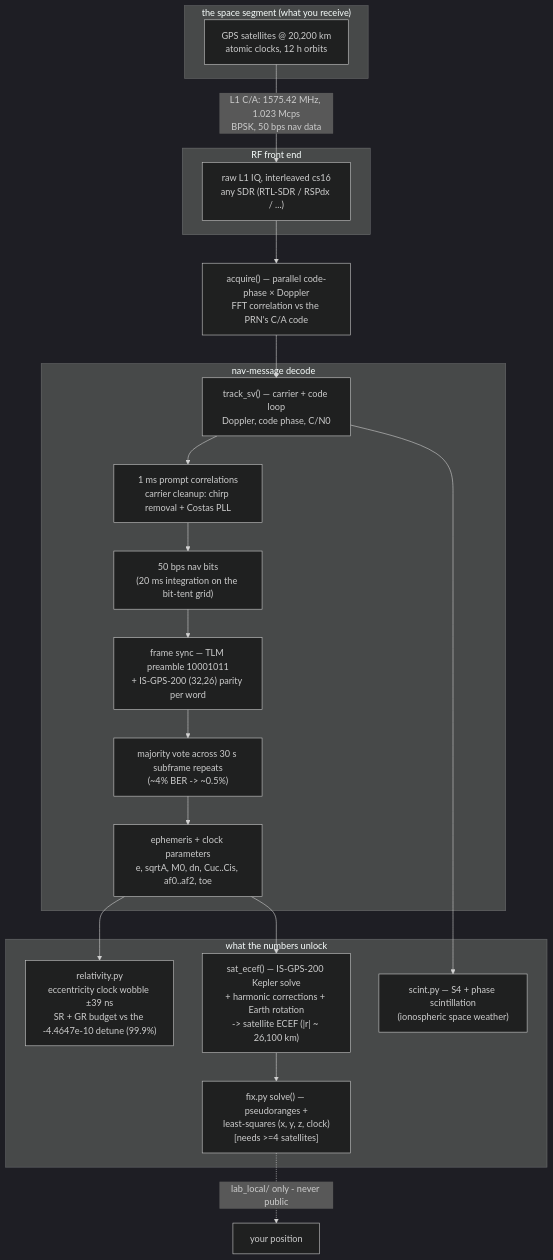
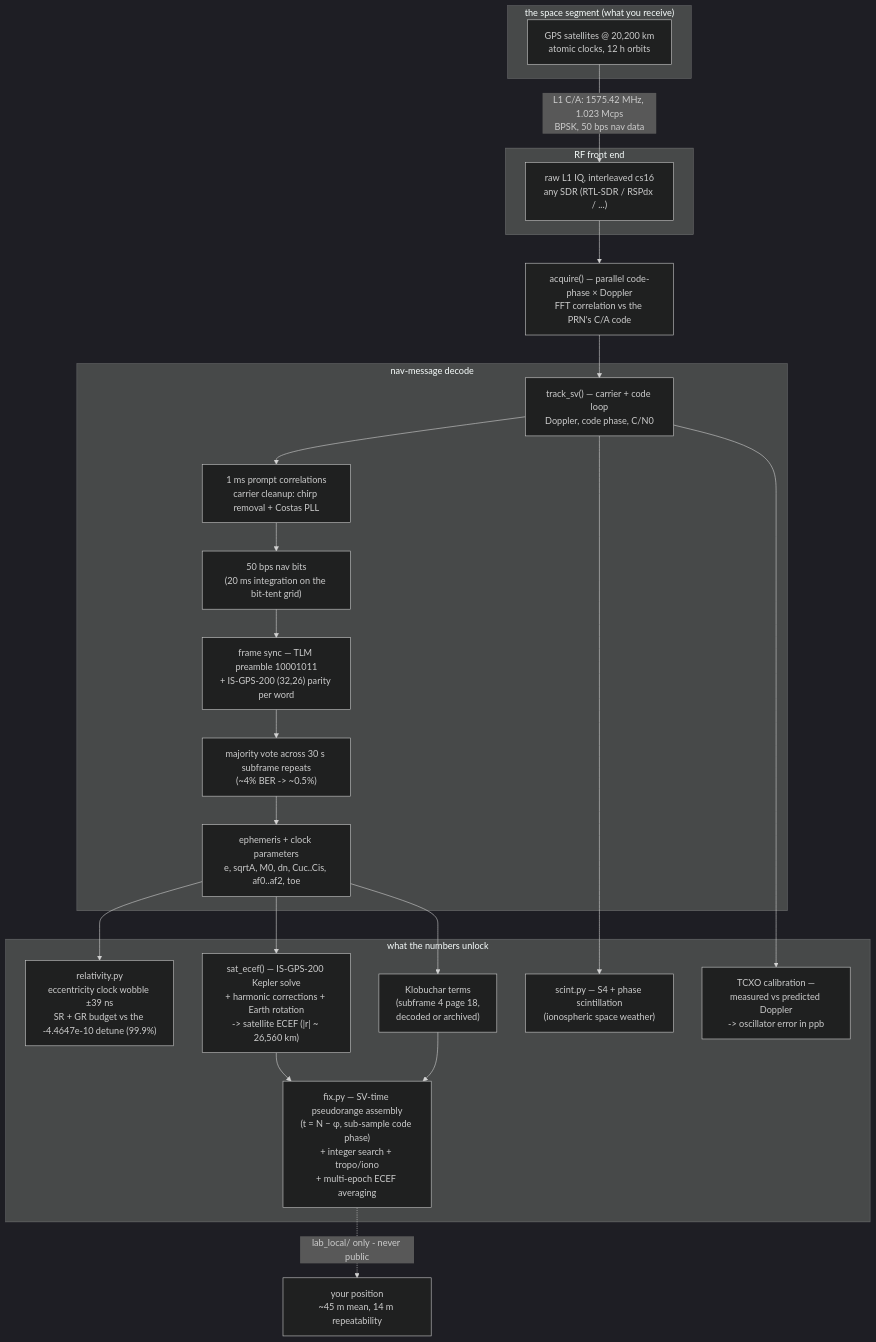
The first of 2 diagrams in README.md (Felbs/GPSTuna), drawn with Mermaid (dark theme) before and after one commit. The commit also changed other lines of this file, not shown here.

First line of the commit message:
README: update the GPS chain chart (sub-sample, iono, TCXO, averaging) + add the full Galileo I/NAV decode chain as a second Mermaid diagram

````diff
--- a/README.md
+++ b/README.md
@@ -77,29 +77,32 @@
 ```mermaid
 flowchart TD
   subgraph SPACE["the space segment (what you receive)"]
     SV["GPS satellites @ 20,200 km<br/>atomic clocks, 12 h orbits"]
   end
   SV -->|"L1 C/A: 1575.42 MHz, 1.023 Mcps<br/>BPSK, 50 bps nav data"| IQ
 
   subgraph FRONT["RF front end"]
     IQ["raw L1 IQ, interleaved cs16<br/>any SDR (RTL-SDR / RSPdx / ...)"]
   end
   IQ --> ACQ["acquire() — parallel code-phase × Doppler<br/>FFT correlation vs the PRN's C/A code"]
   ACQ --> TRK["track_sv() — carrier + code loop<br/>Doppler, code phase, C/N0"]
 
   subgraph DECODE["nav-message decode"]
     TRK --> PR["1 ms prompt correlations<br/>carrier cleanup: chirp removal + Costas PLL"]
     PR --> BITS["50 bps nav bits<br/>(20 ms integration on the bit-tent grid)"]
     BITS --> FR["frame sync — TLM preamble 10001011<br/>+ IS-GPS-200 (32,26) parity per word"]
     FR --> VOTE["majority vote across 30 s subframe repeats<br/>(~4% BER -&gt; ~0.5%)"]
     VOTE --> EPH["ephemeris + clock parameters<br/>e, sqrtA, M0, dn, Cuc..Cis, af0..af2, toe"]
   end
 
   subgraph SCI["what the numbers unlock"]
     EPH --> REL["relativity.py<br/>eccentricity clock wobble &plusmn;39 ns<br/>SR + GR budget vs the -4.4647e-10 detune (99.9%)"]
-    EPH --> ECEF["sat_ecef() — IS-GPS-200 Kepler solve<br/>+ harmonic corrections + Earth rotation<br/>-&gt; satellite ECEF (|r| ~ 26,100 km)"]
+    EPH --> ECEF["sat_ecef() — IS-GPS-200 Kepler solve<br/>+ harmonic corrections + Earth rotation<br/>-&gt; satellite ECEF (|r| ~ 26,560 km)"]
     TRK --> SCINT["scint.py — S4 + phase scintillation<br/>(ionospheric space weather)"]
-    ECEF --> FIX["fix.py solve() — pseudoranges +<br/>least-squares (x, y, z, clock)<br/>[needs &gt;=4 satellites]"]
+    TRK --> TCXO["TCXO calibration —<br/>measured vs predicted Doppler<br/>-&gt; oscillator error in ppb"]
+    EPH --> IONO["Klobuchar terms<br/>(subframe 4 page 18,<br/>decoded or archived)"]
+    ECEF --> FIX["fix.py — SV-time pseudorange assembly<br/>(t = N &minus; &phi;, sub-sample code phase)<br/>+ integer search + tropo/iono<br/>+ multi-epoch ECEF averaging"]
+    IONO --> FIX
   end
-  FIX -. "lab_local/ only - never public" .-> LOC["your position"]
+  FIX -. "lab_local/ only - never public" .-> LOC["your position<br/>~45 m mean, 14 m repeatability"]
 ```
````
